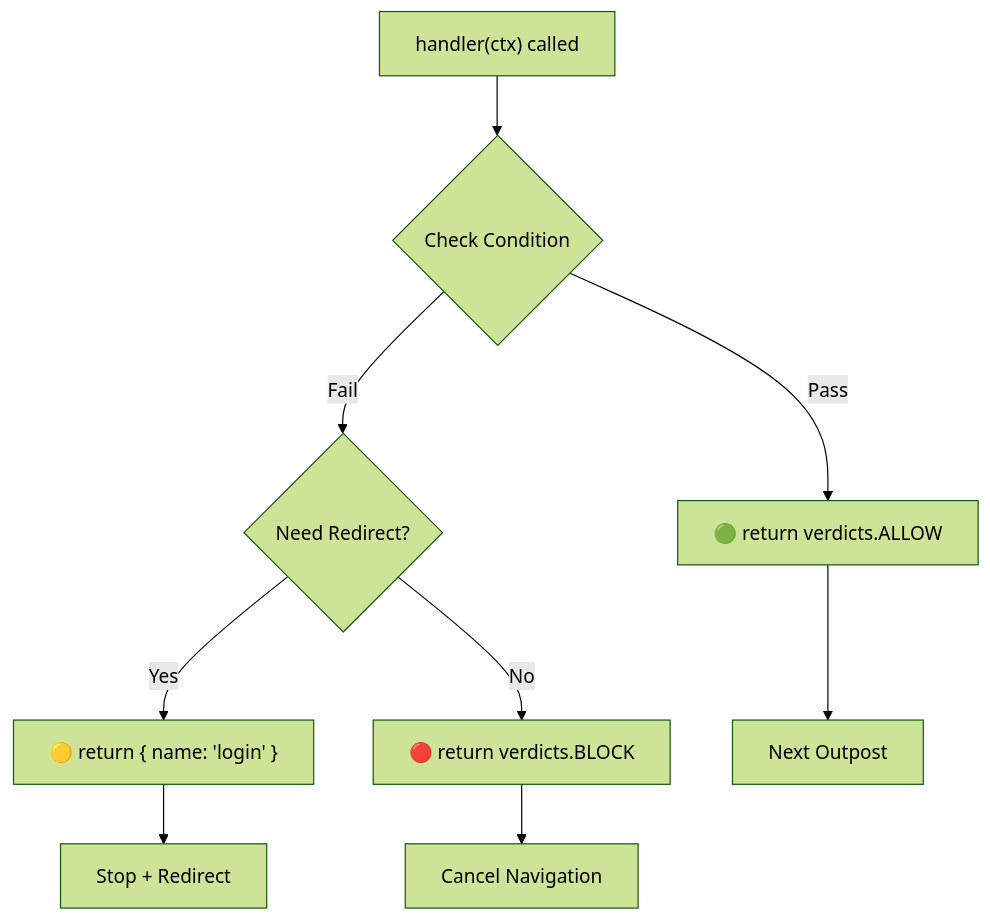
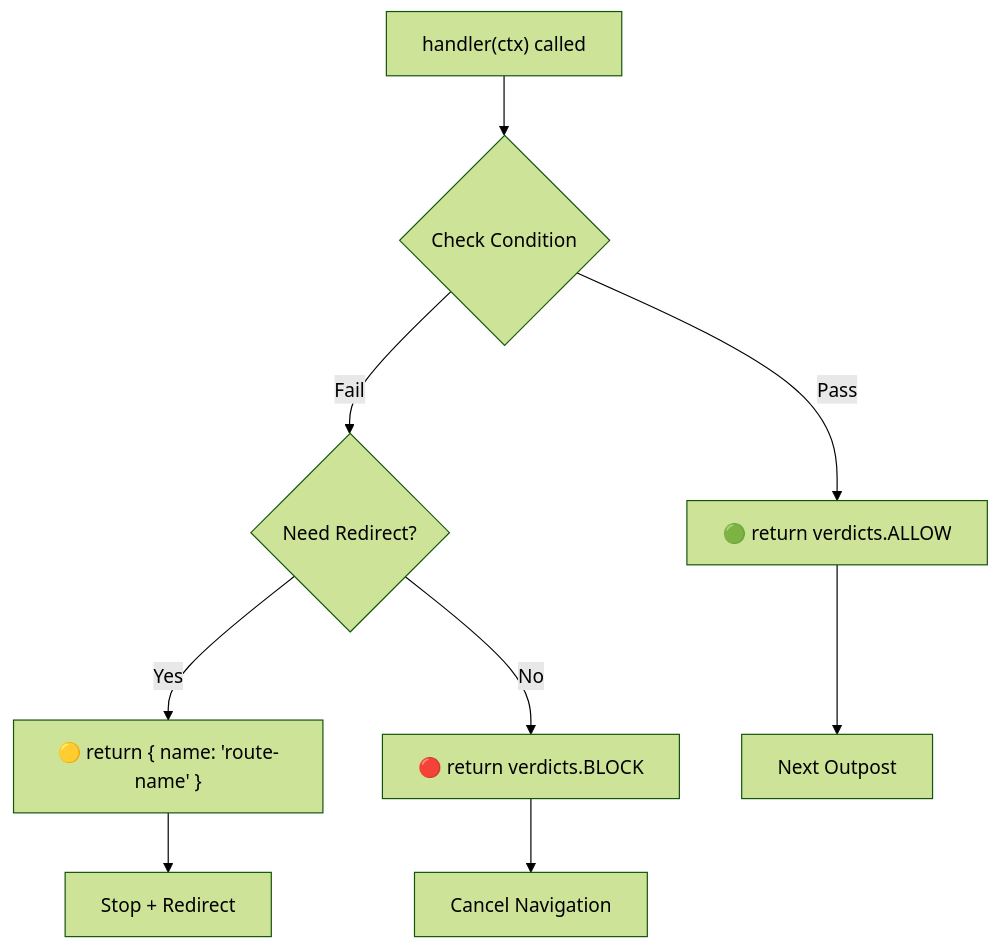
The fourth of 8 diagrams in docs/internals.md (Kassaila/vue-router-citadel), drawn with Mermaid (forest theme) before and after one commit. The commit also changed other lines of this file and 9 other files, not shown here.

````diff
--- a/docs/internals.md
+++ b/docs/internals.md
@@ -190,14 +190,14 @@
 ```mermaid
 flowchart TD
     A["handler(ctx) called"] --> B{Check Condition}
 
     B -->|Pass| C[🟢 return verdicts.ALLOW]
     B -->|Fail| D{Need Redirect?}
 
-    D -->|Yes| E["🟡 return { name: 'login' }"]
+    D -->|Yes| E["🟡 return { name: 'route-name' }"]
     D -->|No| F[🔴 return verdicts.BLOCK]
 
     C --> G[Next Outpost]
     E --> H[Stop + Redirect]
     F --> I[Cancel Navigation]
 ```
````
